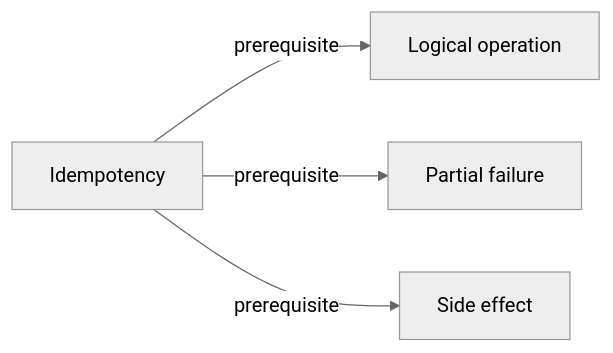
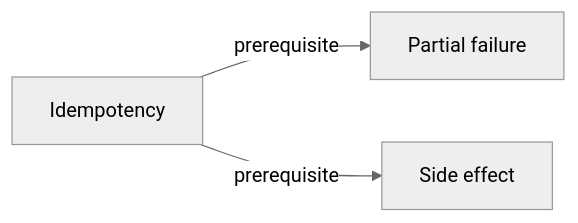
One commit to FuqingZh/learning-lab changed the diagram in maps/overview.md. Above: the diagram before and after it, drawn with Mermaid (neutral theme). The commit also changed other lines of this file and 42 other files, not shown here.

````diff
--- a/maps/overview.md
+++ b/maps/overview.md
@@ -12,10 +12,8 @@
 ```mermaid
 flowchart LR
   idempotency["Idempotency"]
-  logical_operation["Logical operation"]
   partial_failure["Partial failure"]
   side_effect["Side effect"]
-  idempotency -->|prerequisite| logical_operation
   idempotency -->|prerequisite| partial_failure
   idempotency -->|prerequisite| side_effect
 ```
````
